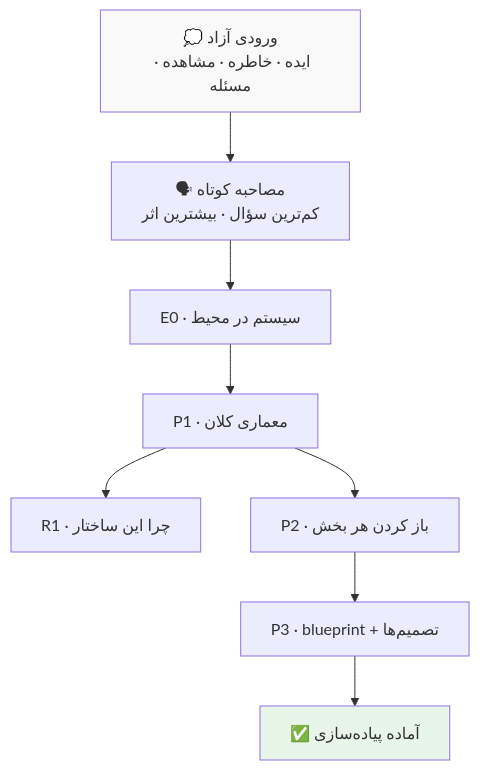
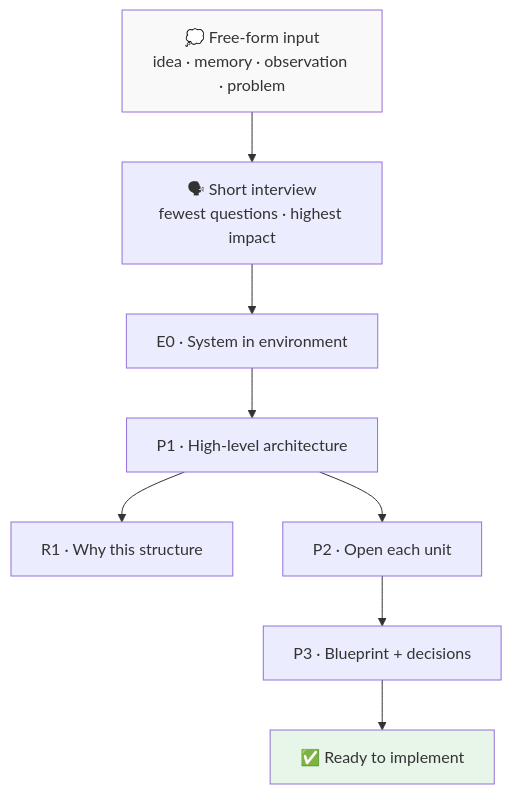
One commit to kvmmn/dreamprint changed the second of 2 diagrams in README.md. Above: the diagram before and after it, drawn with Mermaid. The commit also changed other lines of this file, not shown here.

````diff
--- a/README.md
+++ b/README.md
@@ -45,14 +45,14 @@
 ```mermaid
 flowchart TB
-  IN["💭 ورودی آزاد\nایده · خاطره · مشاهده · مسئله"]
-  IN --> Q["🗣 مصاحبه کوتاه\nکم‌ترین سؤال · بیشترین اثر"]
-  Q --> E0["E0 · سیستم در محیط"]
-  E0 --> P1["P1 · معماری کلان"]
-  P1 --> R1["R1 · چرا این ساختار"]
-  P1 --> P2["P2 · باز کردن هر بخش"]
-  P2 --> P3["P3 · blueprint + تصمیم‌ها"]
-  P3 --> OUT["✅ آماده پیاده‌سازی"]
+  IN["💭 Free-form input\nidea · memory · observation · problem"]
+  IN --> Q["🗣 Short interview\nfewest questions · highest impact"]
+  Q --> E0["E0 · System in environment"]
+  E0 --> P1["P1 · High-level architecture"]
+  P1 --> R1["R1 · Why this structure"]
+  P1 --> P2["P2 · Open each unit"]
+  P2 --> P3["P3 · Blueprint + decisions"]
+  P3 --> OUT["✅ Ready to implement"]
 
   style IN fill:#f9f9f9
   style OUT fill:#e8f5e9
 ```
````
